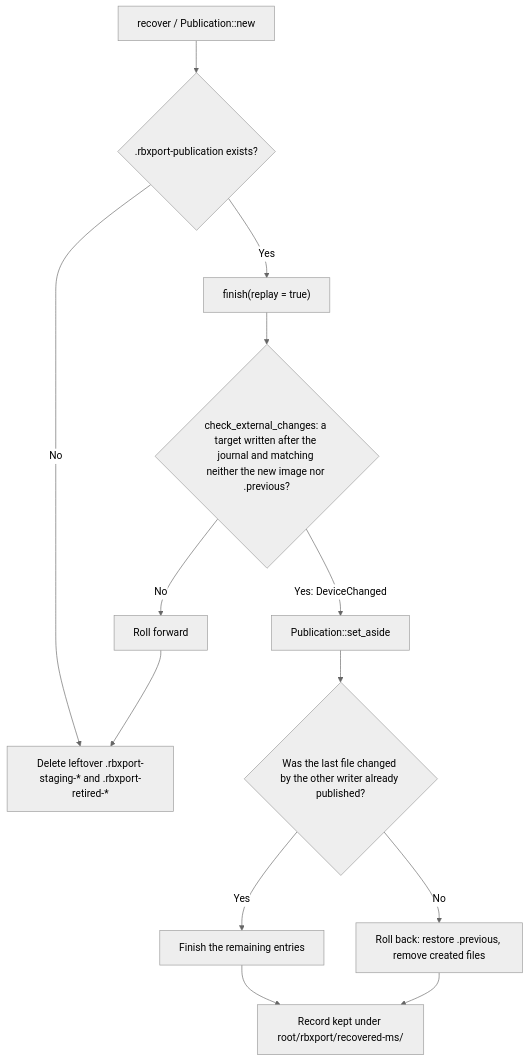
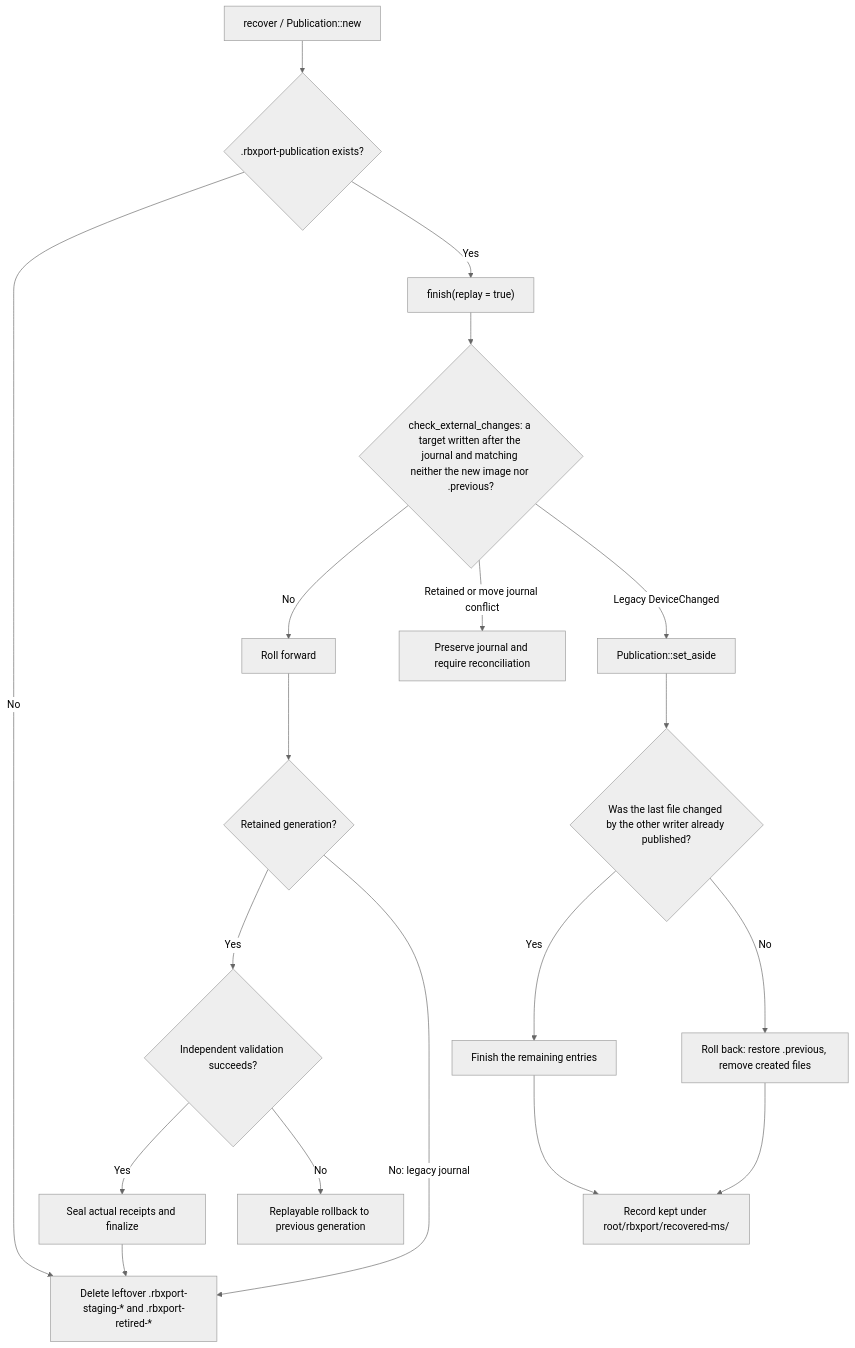
Before and after one commit to chrisle/rbxport: the third of 3 diagrams in docs/reference/usb-export-pipeline.md, drawn with Mermaid (neutral theme). The commit also changed 4 other files, not shown here.

````diff
--- a/docs/reference/usb-export-pipeline.md
+++ b/docs/reference/usb-export-pipeline.md
@@ -650,14 +650,19 @@
 ```mermaid
 flowchart TD
     Start[recover / Publication::new] --> J{.rbxport-publication exists?}
     J -->|No| Clean[Delete leftover .rbxport-staging-* and .rbxport-retired-*]
     J -->|Yes| Replay["finish(replay = true)"]
     Replay --> Ext{check_external_changes: a target written after the journal and matching neither the new image nor .previous?}
-    Ext -->|No| Forward[Roll forward] --> Clean
-    Ext -->|Yes: DeviceChanged| Aside[Publication::set_aside]
+    Ext -->|No| Forward[Roll forward] --> Validate{Retained generation?}
+    Validate -->|Yes| Verified{Independent validation succeeds?}
+    Verified -->|Yes| Seal[Seal actual receipts and finalize] --> Clean
+    Verified -->|No| Rollback[Replayable rollback to previous generation]
+    Validate -->|No: legacy journal| Clean
+    Ext -->|Retained or move journal conflict| Refuse[Preserve journal and require reconciliation]
+    Ext -->|Legacy DeviceChanged| Aside[Publication::set_aside]
     Aside --> Gen{Was the last file changed by the other writer already published?}
     Gen -->|Yes| Finish[Finish the remaining entries]
     Gen -->|No| Back[Roll back: restore .previous, remove created files]
     Finish --> Keep[Record kept under root/rbxport/recovered-ms/]
     Back --> Keep
 ```
````
